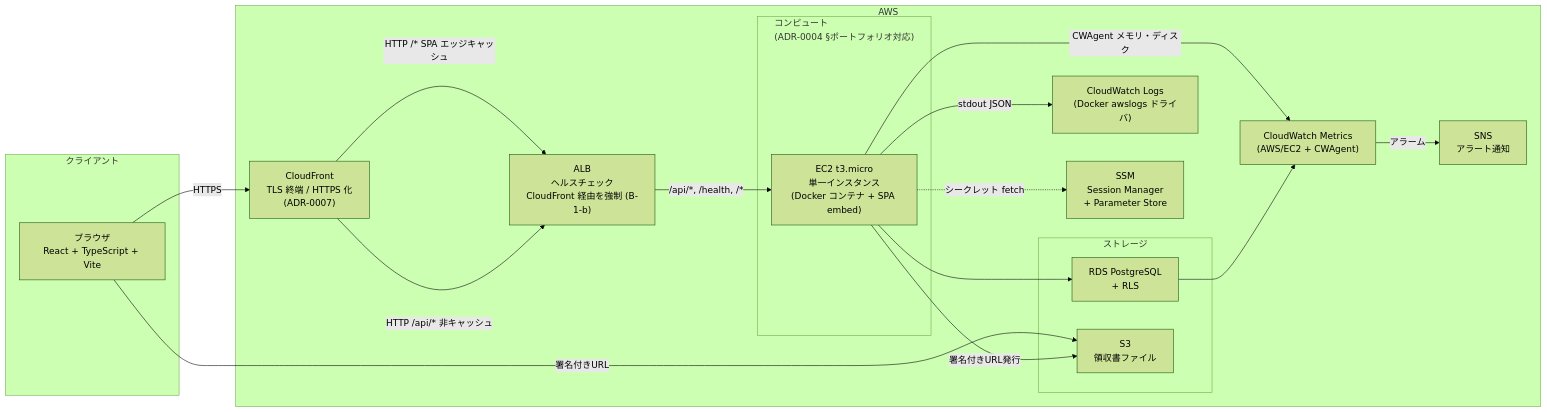
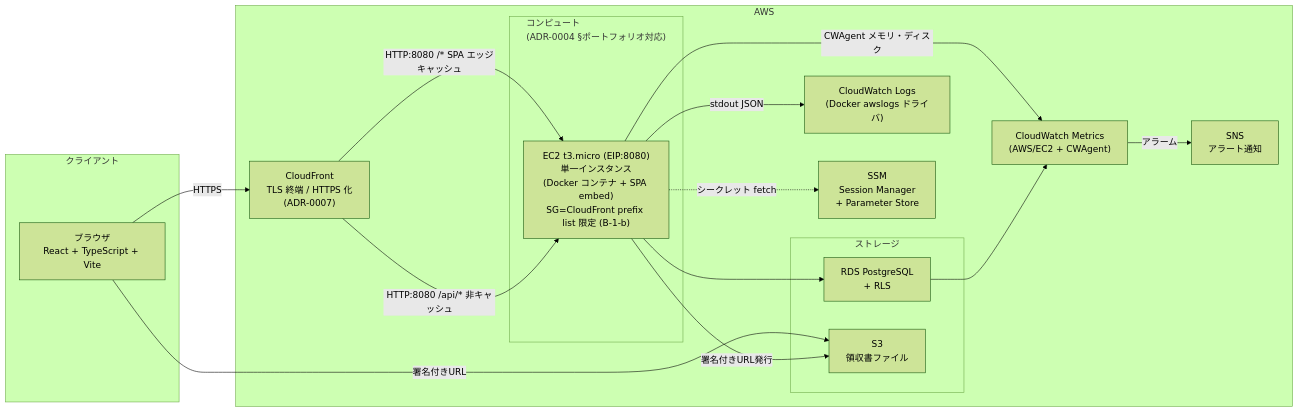
The first of 6 diagrams in deliverables/docs/30_arch/diagrams.md (atsuro128/dev-journal), drawn with Mermaid (forest theme) before and after one commit. The commit also changed other lines of this file and 5 other files, not shown here.

````diff
--- a/deliverables/docs/30_arch/diagrams.md
+++ b/deliverables/docs/30_arch/diagrams.md
@@ -19,38 +19,36 @@
 ```mermaid
 graph LR
     subgraph Client["クライアント"]
         Browser["ブラウザ<br/>React + TypeScript + Vite"]
     end
 
     subgraph AWS["AWS"]
         CF["CloudFront<br/>TLS 終端 / HTTPS 化<br/>(ADR-0007)"]
-        ALB["ALB<br/>ヘルスチェック<br/>CloudFront 経由を強制 (B-1-b)"]
 
         subgraph Compute["コンピュート<br/>(ADR-0004 §ポートフォリオ対応)"]
-            EC2["EC2 t3.micro<br/>単一インスタンス<br/>(Docker コンテナ + SPA embed)"]
+            EC2["EC2 t3.micro (EIP:8080)<br/>単一インスタンス<br/>(Docker コンテナ + SPA embed)<br/>SG=CloudFront prefix list 限定 (B-1-b)"]
         end
 
         subgraph Storage["ストレージ"]
             RDS["RDS PostgreSQL<br/>+ RLS"]
             S3["S3<br/>領収書ファイル"]
         end
 
         CWLogs["CloudWatch Logs<br/>(Docker awslogs ドライバ)"]
         CWMetrics["CloudWatch Metrics<br/>(AWS/EC2 + CWAgent)"]
         SNS["SNS<br/>アラート通知"]
         SSM["SSM<br/>Session Manager<br/>+ Parameter Store"]
     end
 
     Browser -->|HTTPS| CF
-    CF -->|HTTP /api/* 非キャッシュ| ALB
-    CF -->|HTTP /* SPA エッジキャッシュ| ALB
-    ALB -->|/api/*, /health, /*| EC2
+    CF -->|HTTP:8080 /api/* 非キャッシュ| EC2
+    CF -->|HTTP:8080 /* SPA エッジキャッシュ| EC2
     EC2 --> RDS
     EC2 -->|署名付きURL発行| S3
     Browser -->|署名付きURL| S3
     EC2 -->|stdout JSON| CWLogs
     RDS --> CWMetrics
     EC2 -->|CWAgent メモリ・ディスク| CWMetrics
     CWMetrics -->|アラーム| SNS
     EC2 -.->|シークレット fetch| SSM
 ```
````
